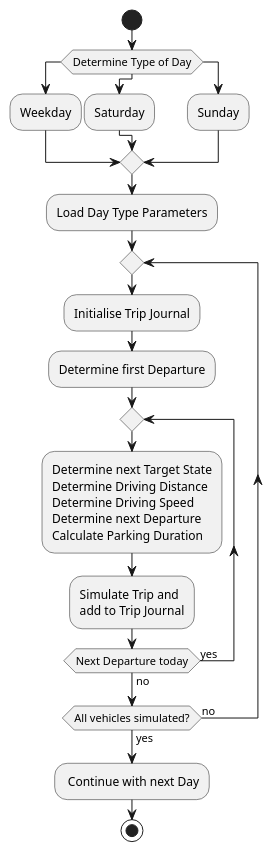
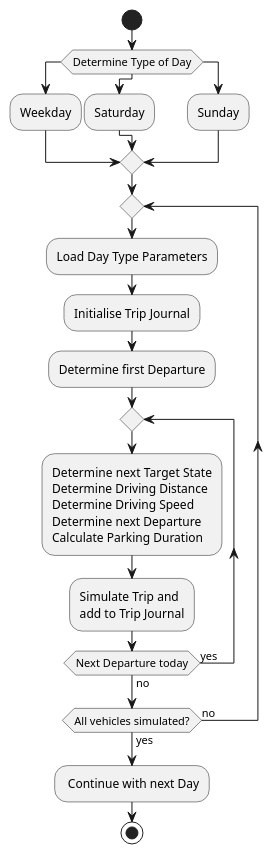
One commit to ie3-institute/MobilitySimulator changed the diagram in docs/uml/schematic_process_while_loop.puml. Above: the diagram before and after it, drawn with PlantUML. The commit also changed other lines of this file, not shown here.

```diff
--- a/docs/uml/schematic_process_while_loop.puml
+++ b/docs/uml/schematic_process_while_loop.puml
@@ -1,22 +1,22 @@
  @startuml
 start
 switch (Determine Type of Day)
 case ()
   :Weekday;
 case ()
   :Saturday;
 case ()
   :Sunday;
 endswitch
+    repeat
     :Load Day Type Parameters;
-    repeat
     :Initialise Trip Journal;
       :Determine first Departure;
     repeat
     :Determine next Target State\nDetermine Driving Distance\nDetermine Driving Speed\nDetermine next Departure\nCalculate Parking Duration;
     :Simulate Trip and\nadd to Trip Journal;
     repeat while (Next Departure today) is (yes) not (no)
 repeat while (All vehicles simulated?) is (no) not (yes)
 : Continue with next Day;
 stop
 @enduml
```
